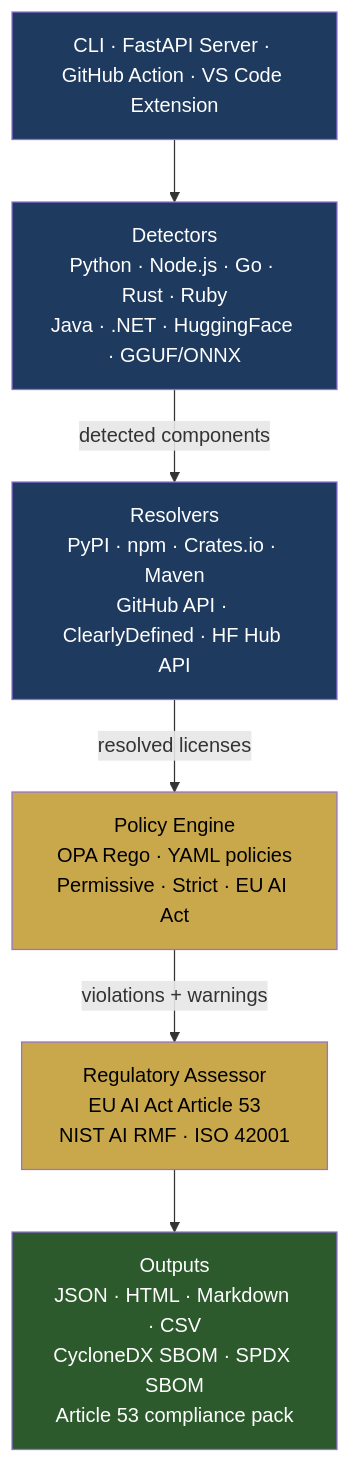
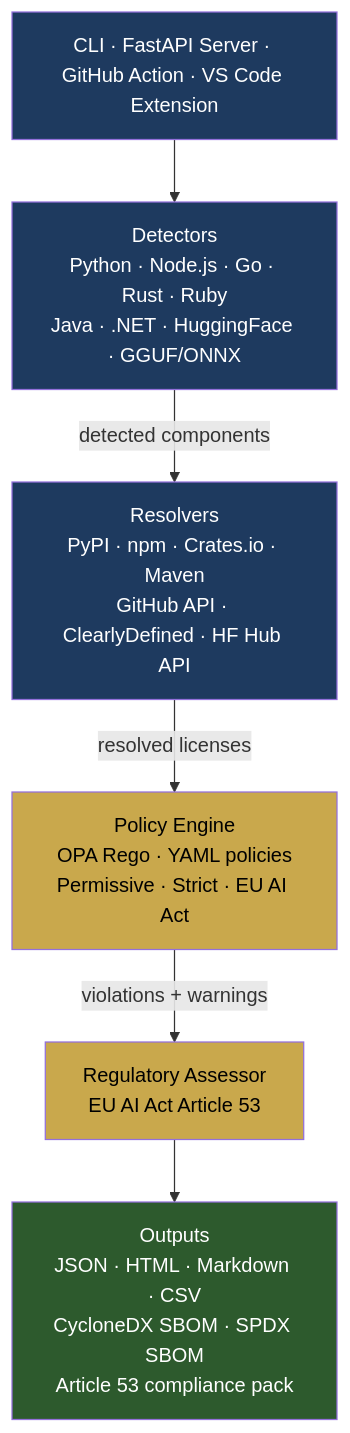
One commit to aiexponenthq/license-compliance-checker changed the first of 3 diagrams in README.md. Above: the diagram before and after it, drawn with Mermaid. The commit also changed other lines of this file and 3 other files, not shown here.

````diff
--- a/README.md
+++ b/README.md
@@ -62,22 +58,22 @@
 ```mermaid
 graph TD
     CLI["CLI · FastAPI Server · GitHub Action · VS Code Extension"]
     DET["Detectors\nPython · Node.js · Go · Rust · Ruby\nJava · .NET · HuggingFace · GGUF/ONNX"]
     RES["Resolvers\nPyPI · npm · Crates.io · Maven\nGitHub API · ClearlyDefined · HF Hub API"]
     POL["Policy Engine\nOPA Rego · YAML policies\nPermissive · Strict · EU AI Act"]
-    REG["Regulatory Assessor\nEU AI Act Article 53\nNIST AI RMF · ISO 42001"]
+    REG["Regulatory Assessor\nEU AI Act Article 53"]
     OUT["Outputs\nJSON · HTML · Markdown · CSV\nCycloneDX SBOM · SPDX SBOM\nArticle 53 compliance pack"]
 
     CLI --> DET
     DET -->|"detected components"| RES
     RES -->|"resolved licenses"| POL
     POL -->|"violations + warnings"| REG
     REG --> OUT
 
     style CLI fill:#1e3a5f,color:#fff
     style DET fill:#1e3a5f,color:#fff
     style RES fill:#1e3a5f,color:#fff
     style POL fill:#c9a84c,color:#000
     style REG fill:#c9a84c,color:#000
     style OUT fill:#2d5a2d,color:#fff
 ```
````
